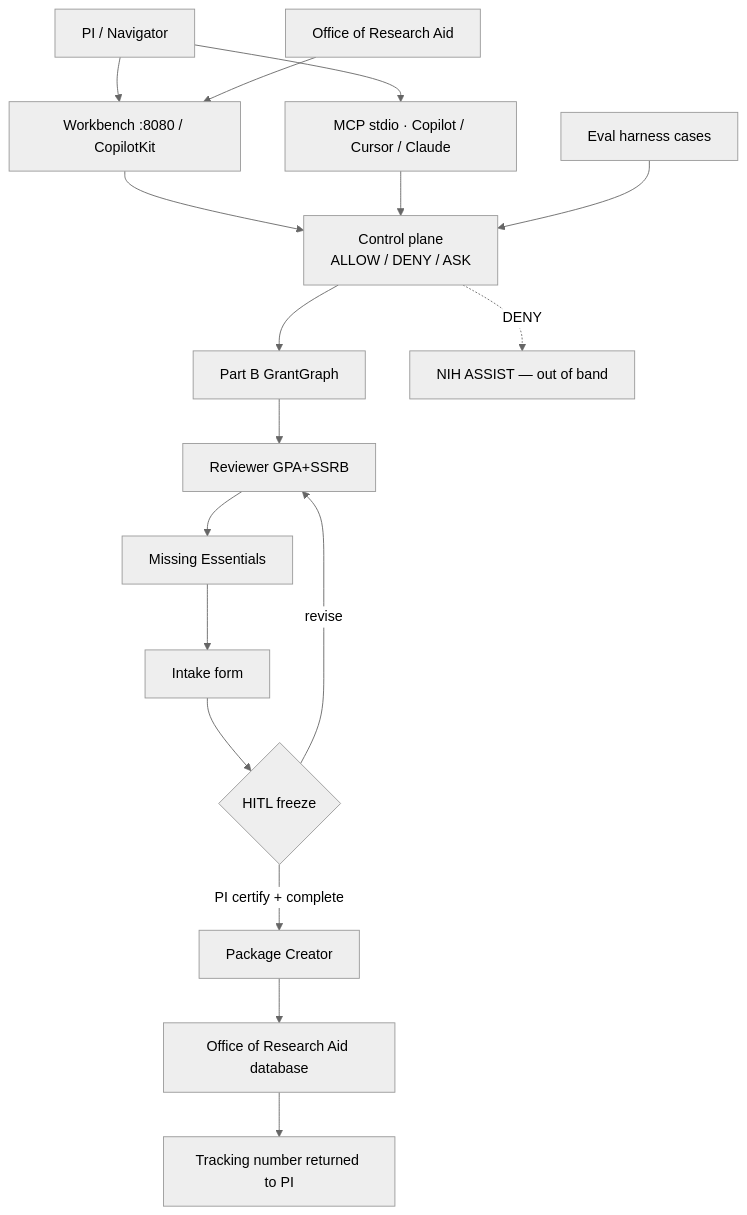
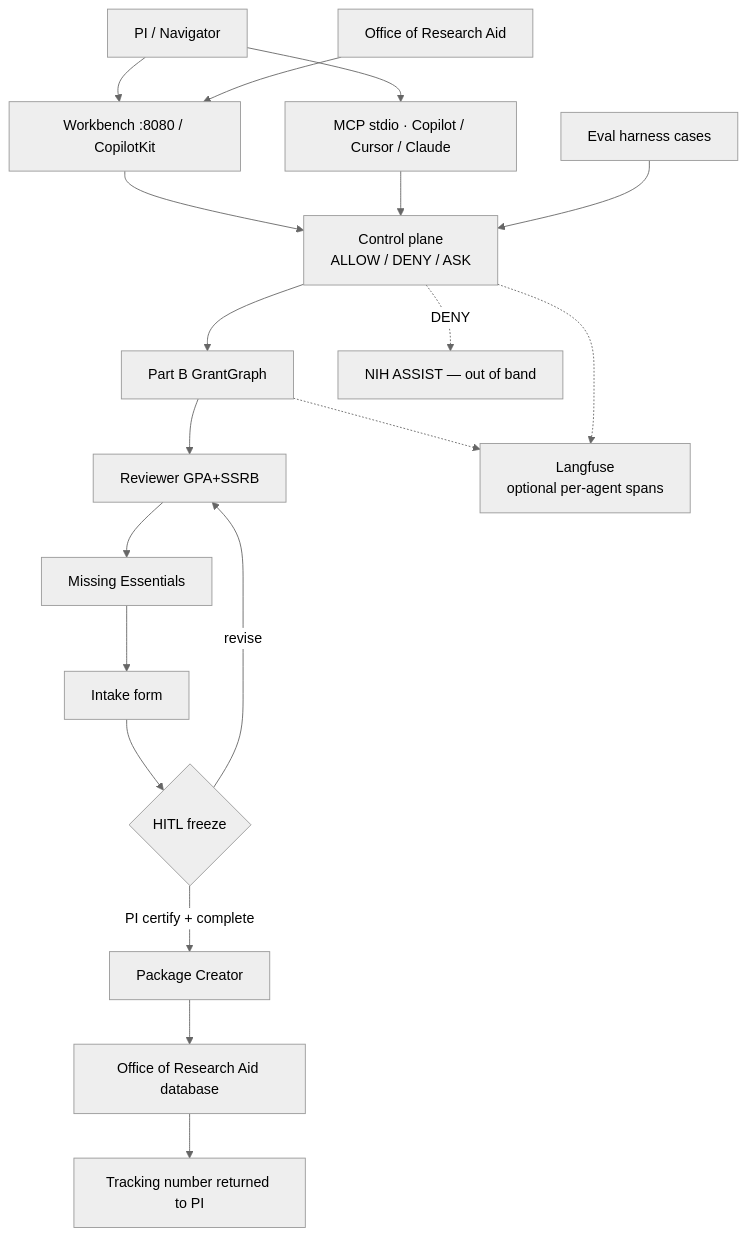
The diagram in README.md (YPCC/grant-agent-lab), drawn with Mermaid (neutral theme) before and after one commit. The commit also changed other lines of this file and 9 other files, not shown here.

````diff
--- a/README.md
+++ b/README.md
@@ -11,19 +11,21 @@
 ```mermaid
 flowchart TD
   PI[PI / Navigator] --> UI[Workbench :8080 / CopilotKit]
   PI --> MCP[MCP stdio · Copilot / Cursor / Claude]
   ORA["Office of Research Aid"] --> UI
   UI --> CP[Control plane<br/>ALLOW / DENY / ASK]
   MCP --> CP
   HARNESS[Eval harness cases] --> CP
   CP --> G[Part B GrantGraph]
   G --> RV[Reviewer GPA+SSRB]
   RV --> ME[Missing Essentials]
   ME --> INTAKE[Intake form]
   INTAKE --> HITL{HITL freeze}
   HITL -->|revise| RV
   HITL -->|PI certify + complete| PK[Package Creator]
   PK --> ODB[Office of Research Aid database]
   ODB --> TRACK[Tracking number returned to PI]
   CP -.->|DENY| ASSIST[NIH ASSIST — out of band]
+  G -.-> LF[Langfuse<br/>optional per-agent spans]
+  CP -.-> LF
 ```
````
